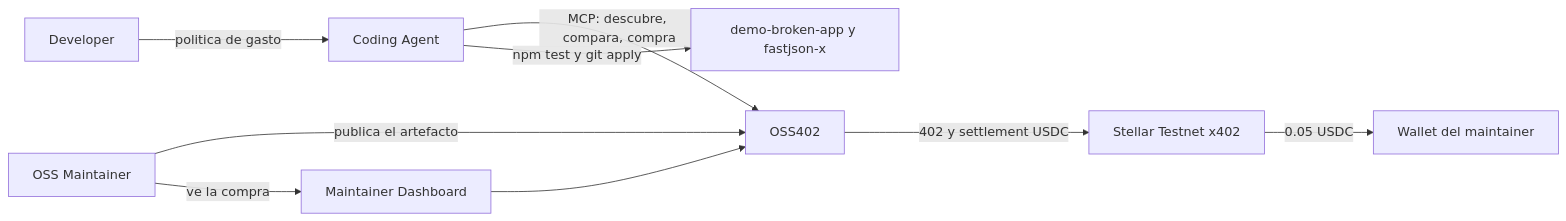
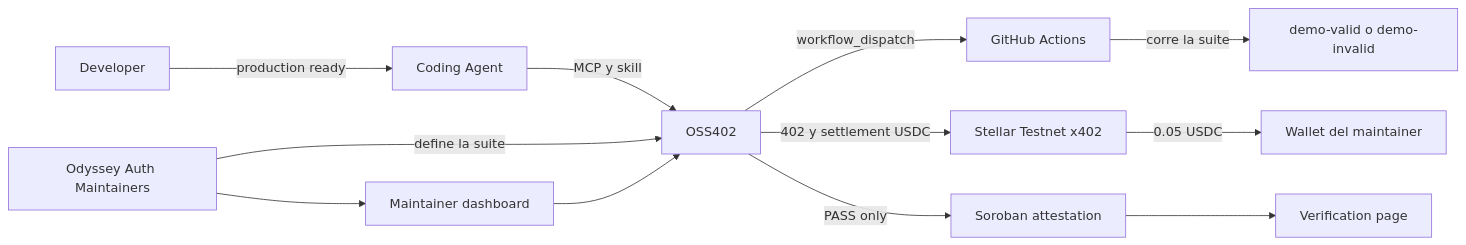
One commit to hallzyx/oss402 changed the first of 5 diagrams in docs/esquema.md. Above: the diagram before and after it, drawn with Mermaid. The commit also changed other lines of this file and 2 other files, not shown here.

````diff
--- a/docs/esquema.md
+++ b/docs/esquema.md
@@ -11,11 +9,14 @@
 ```mermaid
 flowchart LR
-  dev["Developer"] -->|"politica de gasto"| agent["Coding Agent"]
-  maintainer["OSS Maintainer"] -->|"publica el artefacto"| oss402["OSS402"]
-  agent -->|"MCP: descubre, compara, compra"| oss402
-  agent -->|"npm test y git apply"| demo["demo-broken-app y fastjson-x"]
+  dev["Developer"] -->|"production ready"| agent["Coding Agent"]
+  maintainer["Odyssey Auth Maintainers"] -->|"define la suite"| oss402["OSS402"]
+  agent -->|"MCP y skill"| oss402
+  oss402 -->|"workflow_dispatch"| gha["GitHub Actions"]
+  gha -->|"corre la suite"| apps["demo-valid o demo-invalid"]
   oss402 -->|"402 y settlement USDC"| stellar["Stellar Testnet x402"]
   stellar -->|"0.05 USDC"| wallet["Wallet del maintainer"]
-  maintainer -->|"ve la compra"| dash["Maintainer Dashboard"]
+  oss402 -->|"PASS only"| att["Soroban attestation"]
+  att --> verify["Verification page"]
+  maintainer --> dash["Maintainer dashboard"]
   dash --> oss402
 ```
````
